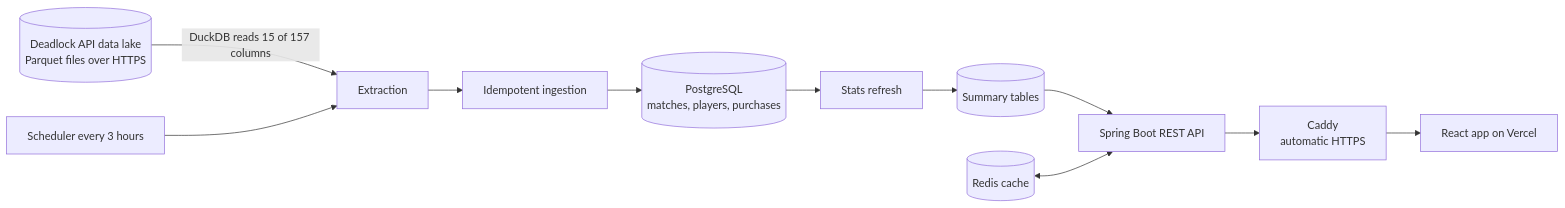
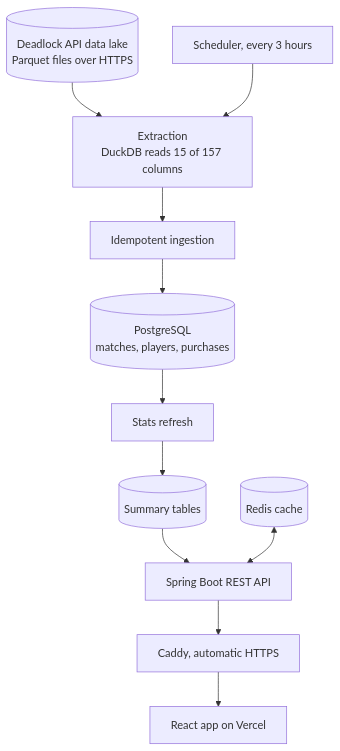
Before and after one commit to Ali-BenOtman/deadlock-meta-companion: the diagram in README.md, drawn with Mermaid. The commit also changed other lines of this file and 1 other file, not shown here.

Commit message:
README: vertical diagram, bullet links, fix test count (#94)

````diff
--- a/README.md
+++ b/README.md
@@ -21,13 +21,13 @@
 ```mermaid
-flowchart LR
-    lake[(Deadlock API data lake<br/>Parquet files over HTTPS)] -->|DuckDB reads 15 of 157 columns| extract[Extraction]
-    sched[Scheduler every 3 hours] --> extract
+flowchart TD
+    lake[(Deadlock API data lake<br/>Parquet files over HTTPS)] --> extract[Extraction<br/>DuckDB reads 15 of 157 columns]
+    sched[Scheduler, every 3 hours] --> extract
     extract --> ingest[Idempotent ingestion]
     ingest --> pg[(PostgreSQL<br/>matches, players, purchases)]
     pg --> refresh[Stats refresh]
     refresh --> summary[(Summary tables)]
     summary --> api[Spring Boot REST API]
     redis[(Redis cache)] <--> api
-    api --> caddy[Caddy<br/>automatic HTTPS]
+    api --> caddy[Caddy, automatic HTTPS]
     caddy --> web[React app on Vercel]
 ```
````
